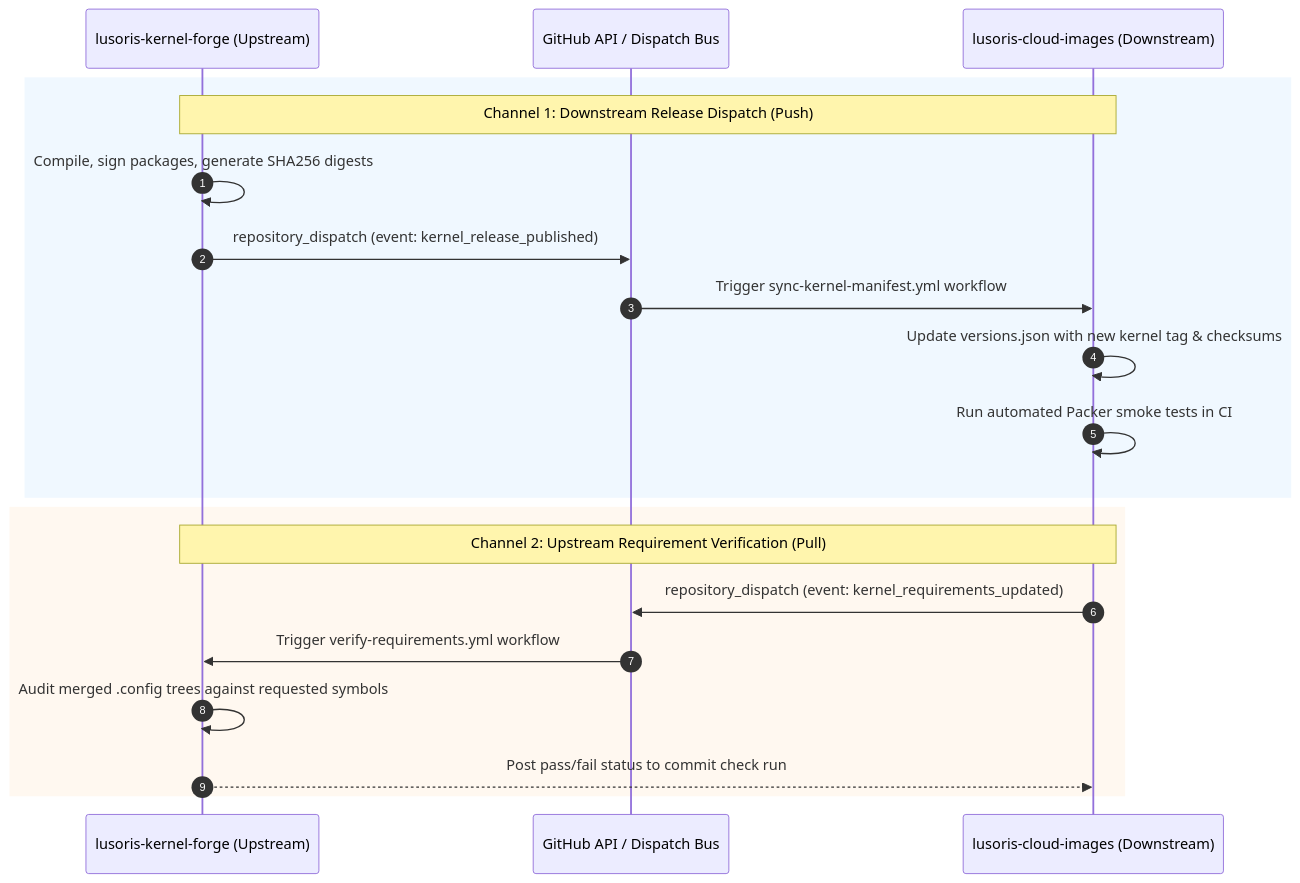
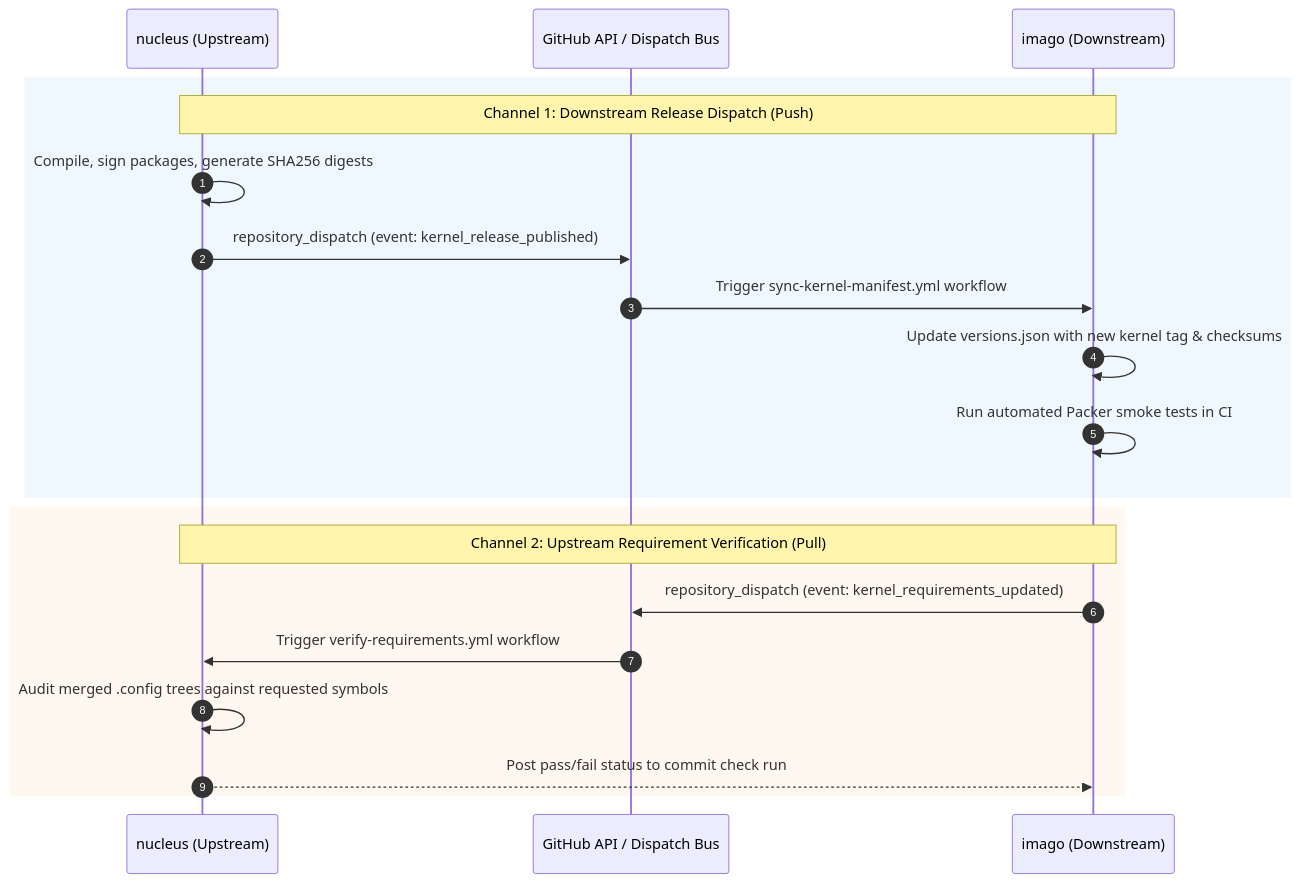
Before and after one commit to cordanaLLM/nucleus: the diagram in docs/adr/0005-bidirectional-image-forge-synchronization.md, drawn with Mermaid. The commit also changed other lines of this file and 57 other files, not shown here.

````diff
--- a/docs/adr/0005-bidirectional-image-forge-synchronization.md
+++ b/docs/adr/0005-bidirectional-image-forge-synchronization.md
@@ -26,24 +26,24 @@
 ```mermaid
 sequenceDiagram
     autonumber
-    participant KF as lusoris-kernel-forge (Upstream)
+    participant KF as nucleus (Upstream)
     participant GH as GitHub API / Dispatch Bus
-    participant CI as lusoris-cloud-images (Downstream)
+    participant CI as imago (Downstream)
 
     rect rgb(240, 248, 255)
     Note over KF,CI: Channel 1: Downstream Release Dispatch (Push)
     KF->>KF: Compile, sign packages, generate SHA256 digests
     KF->>GH: repository_dispatch (event: kernel_release_published)
     GH->>CI: Trigger sync-kernel-manifest.yml workflow
     CI->>CI: Update versions.json with new kernel tag & checksums
     CI->>CI: Run automated Packer smoke tests in CI
     end
 
     rect rgb(255, 248, 240)
     Note over CI,KF: Channel 2: Upstream Requirement Verification (Pull)
     CI->>GH: repository_dispatch (event: kernel_requirements_updated)
     GH->>KF: Trigger verify-requirements.yml workflow
     KF->>KF: Audit merged .config trees against requested symbols
     KF-->>CI: Post pass/fail status to commit check run
     end
 ```
````
